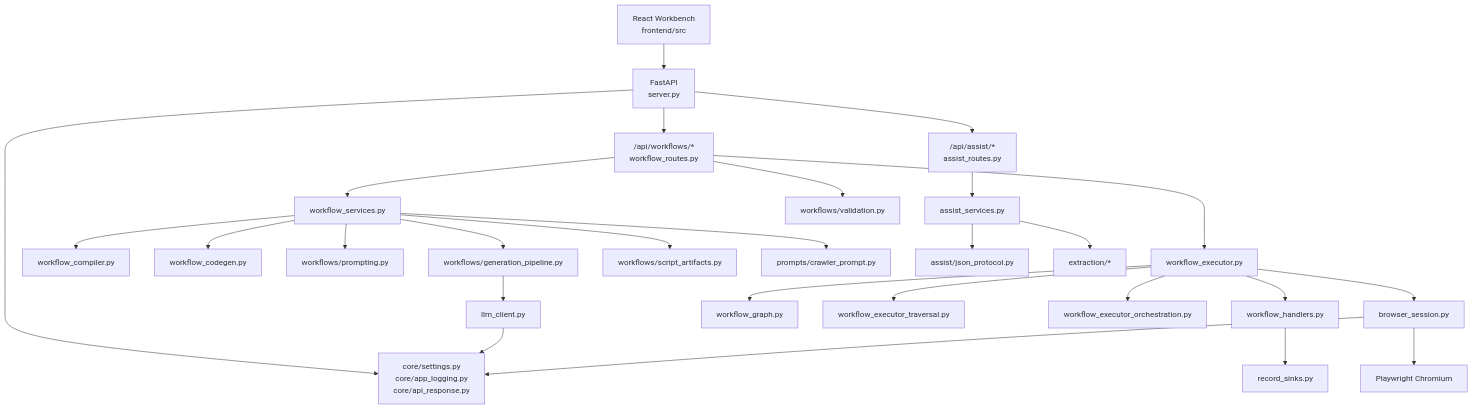
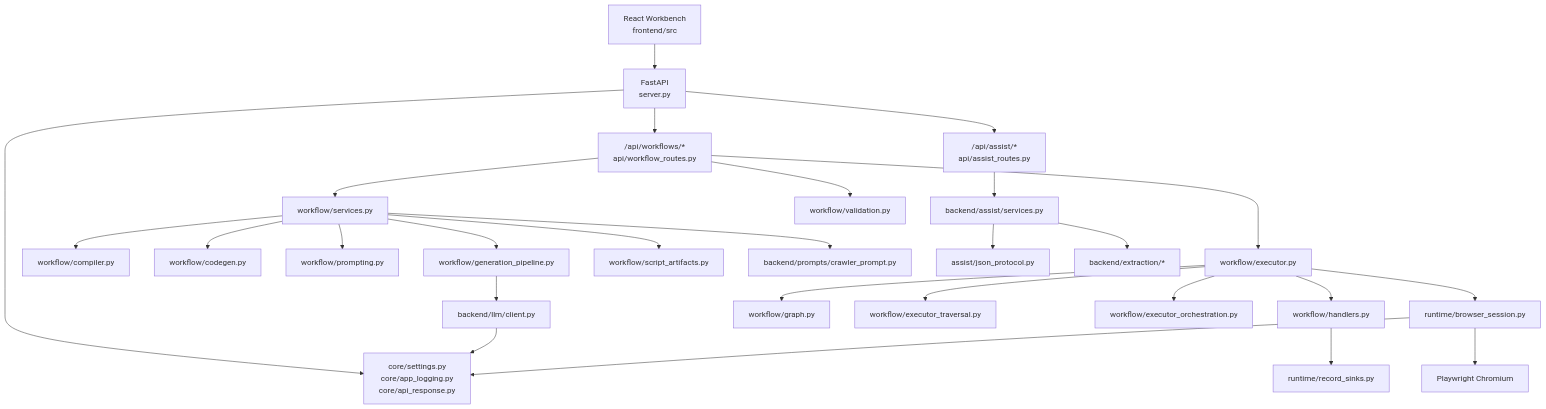
The first of 2 diagrams in docs/technical-guide.md (tuisemo/crawler-pipeline-builder), drawn with Mermaid before and after one commit. The commit also changed other lines of this file and 130 other files, not shown here.

````diff
--- a/docs/technical-guide.md
+++ b/docs/technical-guide.md
@@ -13,35 +13,35 @@
 ```mermaid
 flowchart TD
     FE["React Workbench<br/>frontend/src"] --> API["FastAPI<br/>server.py"]
-    API --> WR["/api/workflows/*<br/>workflow_routes.py"]
-    API --> AR["/api/assist/*<br/>assist_routes.py"]
+    API --> WR["/api/workflows/*<br/>api/workflow_routes.py"]
+    API --> AR["/api/assist/*<br/>api/assist_routes.py"]
 
-    WR --> WS["workflow_services.py"]
-    WR --> WE["workflow_executor.py"]
+    WR --> WS["workflow/services.py"]
+    WR --> WE["workflow/executor.py"]
 
-    WS --> WC["workflow_compiler.py"]
-    WS --> WCG["workflow_codegen.py"]
-    WS --> WP["workflows/prompting.py"]
-    WS --> GP["workflows/generation_pipeline.py"]
-    WS --> SA["workflows/script_artifacts.py"]
-    WS --> PG["prompts/crawler_prompt.py"]
-    GP --> LLM["llm_client.py"]
+    WS --> WC["workflow/compiler.py"]
+    WS --> WCG["workflow/codegen.py"]
+    WS --> WP["workflow/prompting.py"]
+    WS --> GP["workflow/generation_pipeline.py"]
+    WS --> SA["workflow/script_artifacts.py"]
+    WS --> PG["backend/prompts/crawler_prompt.py"]
+    GP --> LLM["backend/llm/client.py"]
 
-    AR --> AS["assist_services.py"]
+    AR --> AS["backend/assist/services.py"]
     AS --> AJ["assist/json_protocol.py"]
-    AS --> EXT["extraction/*"]
+    AS --> EXT["backend/extraction/*"]
 
-    WE --> BH["workflow_handlers.py"]
-    WE --> WG["workflow_graph.py"]
-    WE --> WT["workflow_executor_traversal.py"]
-    WE --> WO["workflow_executor_orchestration.py"]
-    WR --> WV["workflows/validation.py"]
-    WE --> BS["browser_session.py"]
-    BH --> RS["record_sinks.py"]
+    WE --> BH["workflow/handlers.py"]
+    WE --> WG["workflow/graph.py"]
+    WE --> WT["workflow/executor_traversal.py"]
+    WE --> WO["workflow/executor_orchestration.py"]
+    WR --> WV["workflow/validation.py"]
+    WE --> BS["runtime/browser_session.py"]
+    BH --> RS["runtime/record_sinks.py"]
 
     API --> CORE["core/settings.py<br/>core/app_logging.py<br/>core/api_response.py"]
     LLM --> CORE
     BS --> CORE
 
     BS --> PW["Playwright Chromium"]
 ```
````
